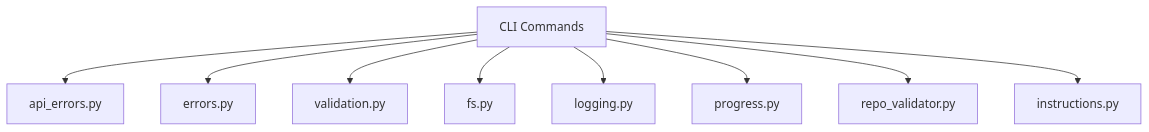
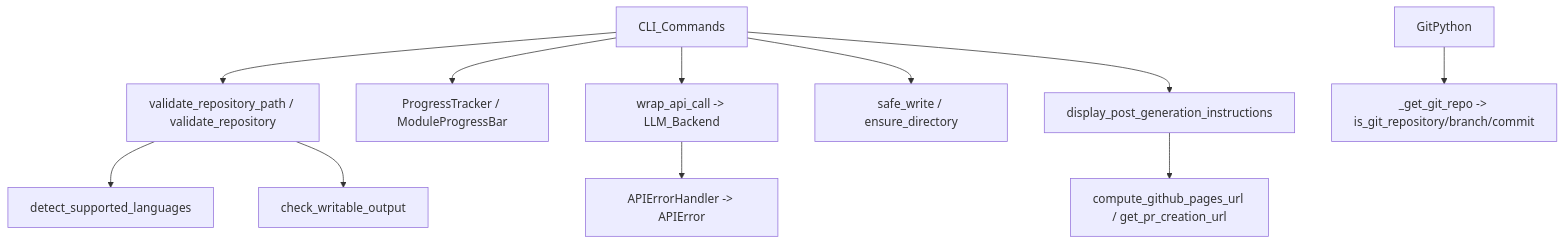
Before and after one commit to mambo-wang/CodeWiki-Plus: the diagram in repowiki/wiki/modules/CLI_Utils.md, drawn with Mermaid. The commit also changed other lines of this file and 36 other files, not shown here.

````diff
--- a/repowiki/wiki/modules/CLI_Utils.md
+++ b/repowiki/wiki/modules/CLI_Utils.md
@@ -17,11 +134,13 @@
 ```mermaid
-graph TB
-    A[CLI Commands] --> B[api_errors.py]
-    A --> C[errors.py]
-    A --> D[validation.py]
-    A --> E[fs.py]
-    A --> F[logging.py]
-    A --> G[progress.py]
-    A --> H[repo_validator.py]
-    A --> I[instructions.py]
+flowchart TD
+    A[CLI_Commands] --> B[validate_repository_path / validate_repository]
+    B --> C[detect_supported_languages]
+    B --> D[check_writable_output]
+    A --> E[ProgressTracker / ModuleProgressBar]
+    A --> F[wrap_api_call -> LLM_Backend]
+    F --> G[APIErrorHandler -> APIError]
+    A --> H[safe_write / ensure_directory]
+    A --> I[display_post_generation_instructions]
+    I --> J[compute_github_pages_url / get_pr_creation_url]
+    K[GitPython] --> L[_get_git_repo -> is_git_repository/branch/commit]
 ```
````
